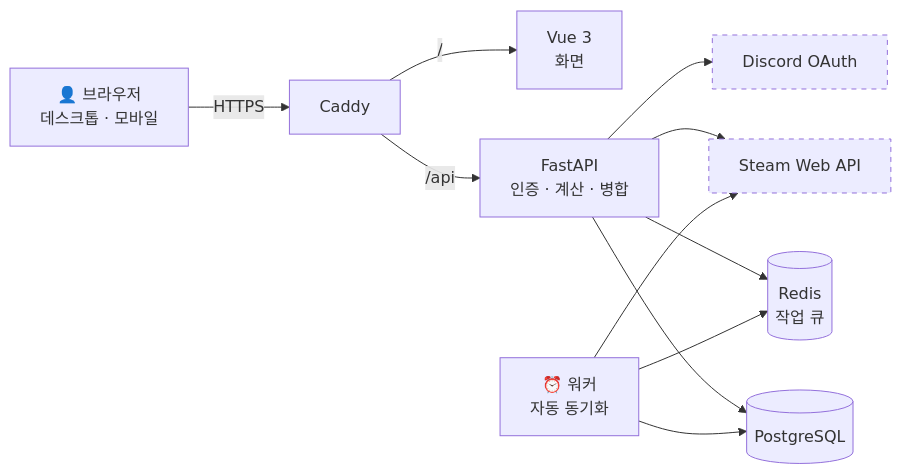
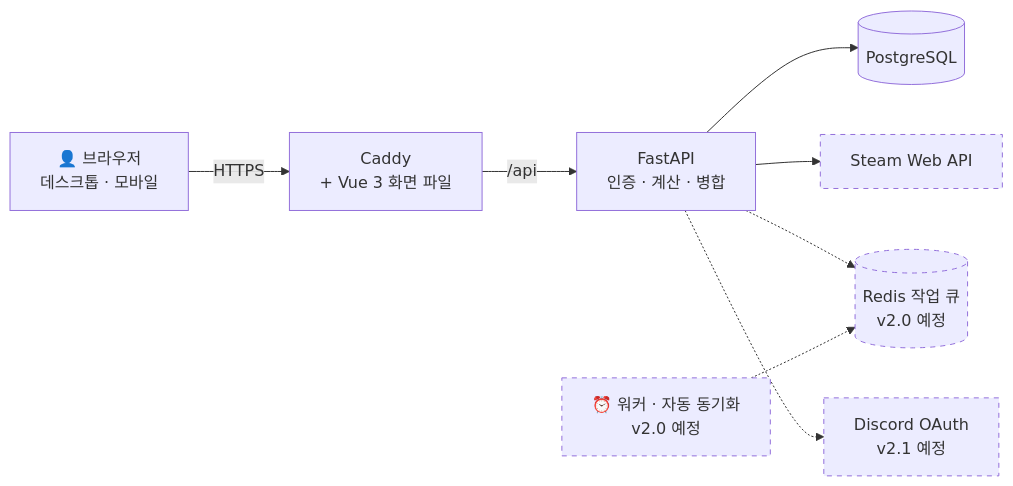
Before and after one commit to sagming40/PlayLedger: the second of 3 diagrams in README.md, drawn with Mermaid. The commit also changed other lines of this file and 8 other files, not shown here.

````diff
--- a/README.md
+++ b/README.md
@@ -100,16 +100,13 @@
 ```mermaid
 flowchart LR
-    User["👤 브라우저<br/>데스크톱 · 모바일"] -->|"HTTPS"| Caddy["Caddy"]
-    Caddy -->|"/"| Web["Vue 3<br/>화면"]
+    User["👤 브라우저<br/>데스크톱 · 모바일"] -->|"HTTPS"| Caddy["Caddy<br/>+ Vue 3 화면 파일"]
     Caddy -->|"/api"| API["FastAPI<br/>인증 · 계산 · 병합"]
     API --> DB[("PostgreSQL")]
-    API --> Redis[("Redis<br/>작업 큐")]
-    Worker["⏰ 워커<br/>자동 동기화"] --> Redis
-    Worker --> DB
     API --> Steam["Steam Web API"]
-    Worker --> Steam
-    API --> Discord["Discord OAuth"]
+    API -.-> Redis[("Redis 작업 큐<br/>v2.0 예정")]
+    Worker["⏰ 워커 · 자동 동기화<br/>v2.0 예정"] -.-> Redis
+    API -.-> Discord["Discord OAuth<br/>v2.1 예정"]
 
     classDef ext stroke-dasharray: 5 5
-    class Steam,Discord ext
+    class Steam,Discord,Redis,Worker ext
 ```
````
